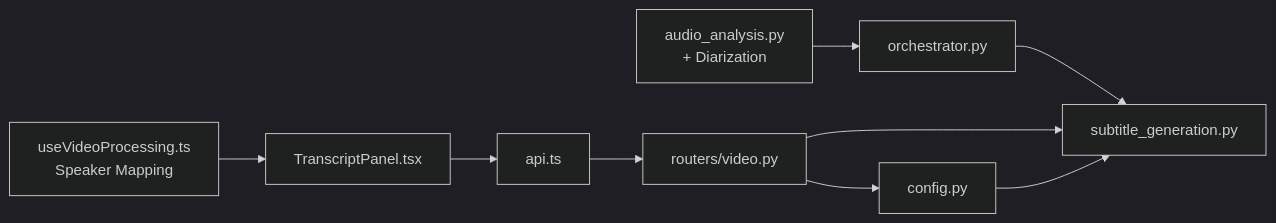
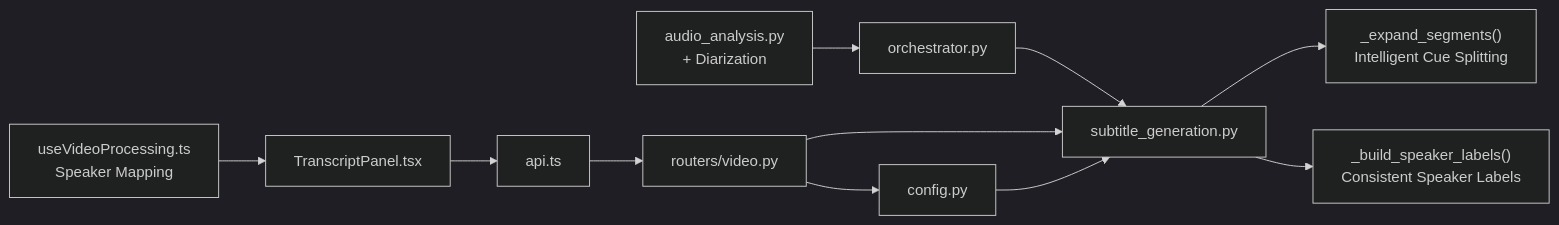
One commit to alexandreybasta-cyber/dubai-media-ai changed the ninth of 9 diagrams in .qoder/repowiki/en/content/Media Processing Pipeline/Subtitle Generation Module.md. Above: the diagram before and after it, drawn with Mermaid (dark theme). The commit also changed other lines of this file and 8 other files, not shown here.

````diff
--- a/.qoder/repowiki/en/content/Media Processing Pipeline/Subtitle Generation Module.md
+++ b/.qoder/repowiki/en/content/Media Processing Pipeline/Subtitle Generation Module.md
@@ -367,11 +449,13 @@
 ```mermaid
 graph LR
 Config["config.py"] --> SubGen["subtitle_generation.py"]
 Audio["audio_analysis.py<br/>+ Diarization"] --> Orchestrator["orchestrator.py"]
 Orchestrator --> SubGen
 Router["routers/video.py"] --> SubGen
 Router --> Config
 FE_API["api.ts"] --> Router
 FE_Panel["TranscriptPanel.tsx"] --> FE_API
 FE_Hook["useVideoProcessing.ts<br/>Speaker Mapping"] --> FE_Panel
+SubGen --> CueSplitting["_expand_segments()<br/>Intelligent Cue Splitting"]
+SubGen --> SpeakerMapping["_build_speaker_labels()<br/>Consistent Speaker Labels"]
 ```
````
